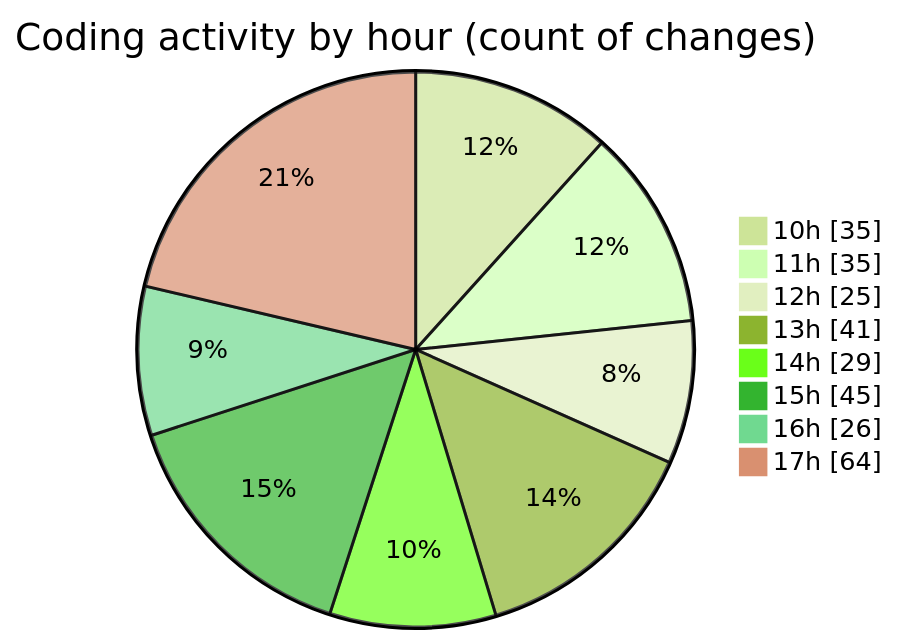
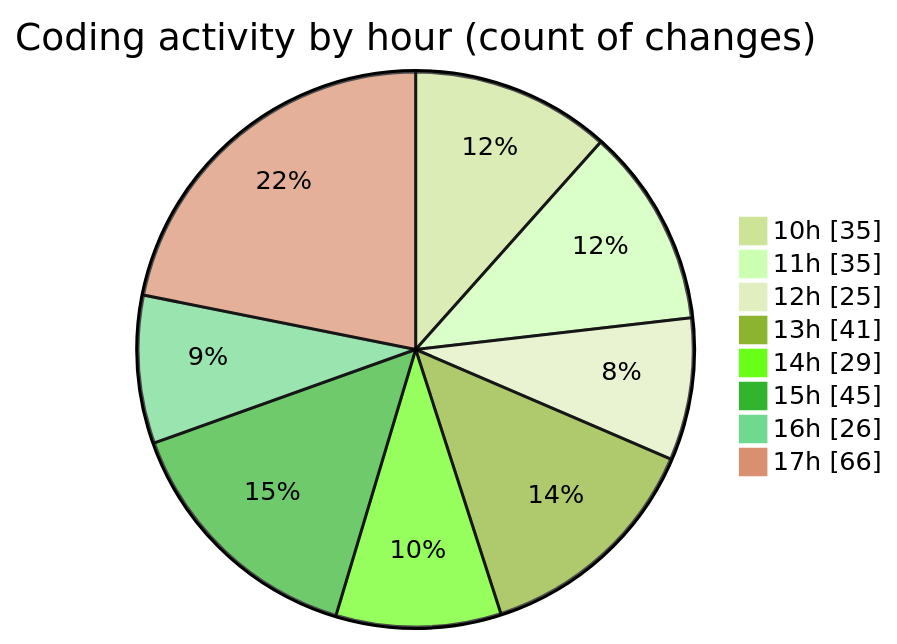
One commit to momahboobian/code-tracking changed the second of 2 diagrams in 2025-03-26/cda/README.md. Above: the diagram before and after it, drawn with Mermaid (forest theme). The commit also changed other lines of this file and 1 other file, not shown here.

````diff
--- a/2025-03-26/cda/README.md
+++ b/2025-03-26/cda/README.md
@@ -55,12 +55,12 @@
 ```mermaid
 pie showData
 title Coding activity by hour (count of changes)
 "10h" : 35
 "11h" : 35
 "12h" : 25
 "13h" : 41
 "14h" : 29
 "15h" : 45
 "16h" : 26
-"17h" : 64
+"17h" : 66
 ```
````
